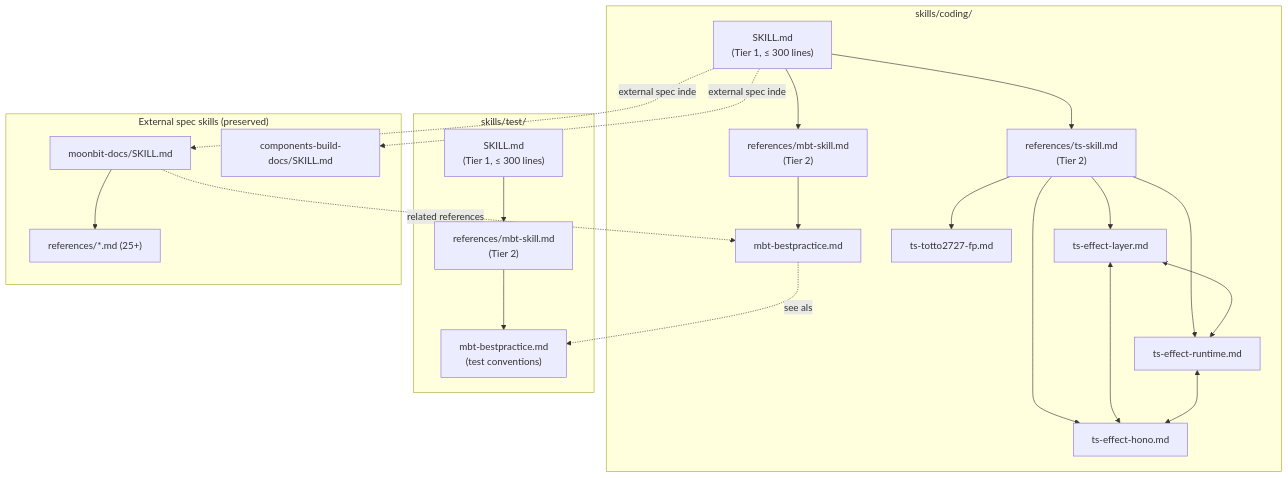
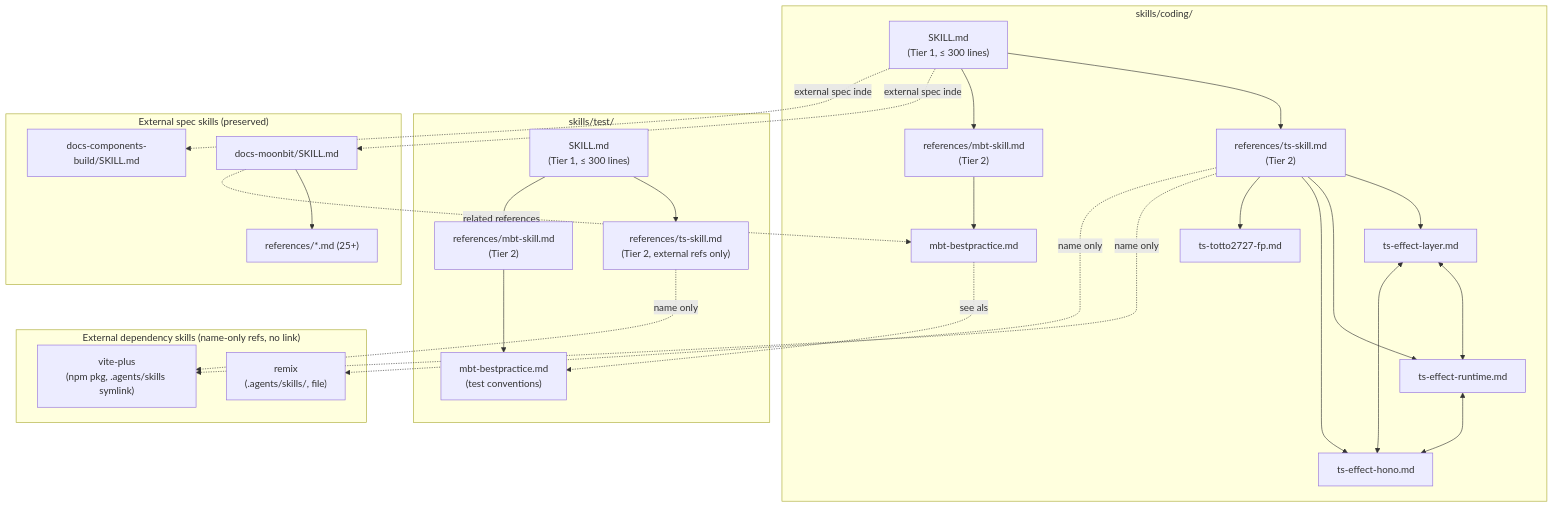
One commit to totto2727-org/monorepo changed the first of 3 diagrams in docs/workflow/2026-05-04-totto2727-coding-plugin/design.md. Above: the diagram before and after it, drawn with Mermaid. The commit also changed other lines of this file and 1 other file, not shown here.

First line of the commit message:
docs(dev-workflow/2026-05-04-totto2727-coding-plugin): incorporate user instructions (external skill refs + docs-* naming)

````diff
--- a/docs/workflow/2026-05-04-totto2727-coding-plugin/design.md
+++ b/docs/workflow/2026-05-04-totto2727-coding-plugin/design.md
@@ -103,43 +107,54 @@
 ```mermaid
 flowchart TB
     subgraph coding["skills/coding/"]
         C_SKILL["SKILL.md\n(Tier 1, ≤ 300 lines)"]
         TS_IDX["references/ts-skill.md\n(Tier 2)"]
         MBT_IDX["references/mbt-skill.md\n(Tier 2)"]
         TS_LAYER["ts-effect-layer.md"]
         TS_RT["ts-effect-runtime.md"]
         TS_HONO["ts-effect-hono.md"]
         TS_FP["ts-totto2727-fp.md"]
         MBT_BP["mbt-bestpractice.md"]
         C_SKILL --> TS_IDX
         C_SKILL --> MBT_IDX
         TS_IDX --> TS_LAYER
         TS_IDX --> TS_RT
         TS_IDX --> TS_HONO
         TS_IDX --> TS_FP
         MBT_IDX --> MBT_BP
         TS_LAYER <--> TS_RT
         TS_LAYER <--> TS_HONO
         TS_RT  <--> TS_HONO
     end
 
     subgraph test["skills/test/"]
         T_SKILL["SKILL.md\n(Tier 1, ≤ 300 lines)"]
+        T_TS_IDX["references/ts-skill.md\n(Tier 2, external refs only)"]
         T_MBT_IDX["references/mbt-skill.md\n(Tier 2)"]
         T_MBT_BP["mbt-bestpractice.md\n(test conventions)"]
+        T_SKILL --> T_TS_IDX
         T_SKILL --> T_MBT_IDX
         T_MBT_IDX --> T_MBT_BP
     end
 
+    subgraph extskills["External dependency skills (name-only refs, no link)"]
+        EXT_VITE["vite-plus\n(npm pkg, .agents/skills symlink)"]
+        EXT_REMIX["remix\n(.agents/skills/, file)"]
+    end
+
+    TS_IDX -.name only.-> EXT_VITE
+    TS_IDX -.name only.-> EXT_REMIX
+    T_TS_IDX -.name only.-> EXT_VITE
+
     subgraph external["External spec skills (preserved)"]
-        MD_SKILL["moonbit-docs/SKILL.md"]
+        MD_SKILL["docs-moonbit/SKILL.md"]
         MD_REFS["references/*.md (25+)"]
-        CB_SKILL["components-build-docs/SKILL.md"]
+        CB_SKILL["docs-components-build/SKILL.md"]
         MD_SKILL --> MD_REFS
     end
 
     C_SKILL -.external spec index.-> MD_SKILL
     C_SKILL -.external spec index.-> CB_SKILL
     MBT_BP  -.see also.-> T_MBT_BP
     MD_SKILL -.related references.-> MBT_BP
 ```
````
